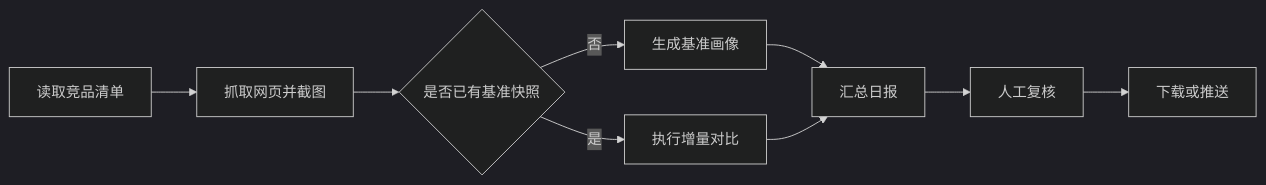
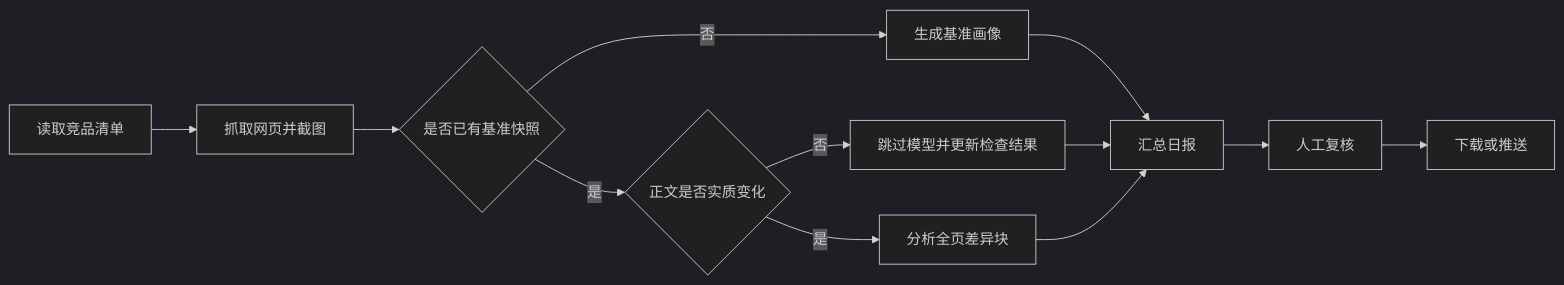
One commit to juin20260102-oss/aigc-competitor-agent-intelligence changed the diagram in README.md. Above: the diagram before and after it, drawn with Mermaid (dark theme). The commit also changed other lines of this file and 15 other files, not shown here.

````diff
--- a/README.md
+++ b/README.md
@@ -27,11 +27,14 @@
 ```mermaid
 flowchart LR
     A[读取竞品清单] --> B[抓取网页并截图]
     B --> C{是否已有基准快照}
     C -- 否 --> D[生成基准画像]
-    C -- 是 --> E[执行增量对比]
+    C -- 是 --> E{正文是否实质变化}
+    E -- 否 --> I[跳过模型并更新检查结果]
+    E -- 是 --> J[分析全页差异块]
     D --> F[汇总日报]
-    E --> F
+    I --> F
+    J --> F
     F --> G[人工复核]
     G --> H[下载或推送]
 ```
````
